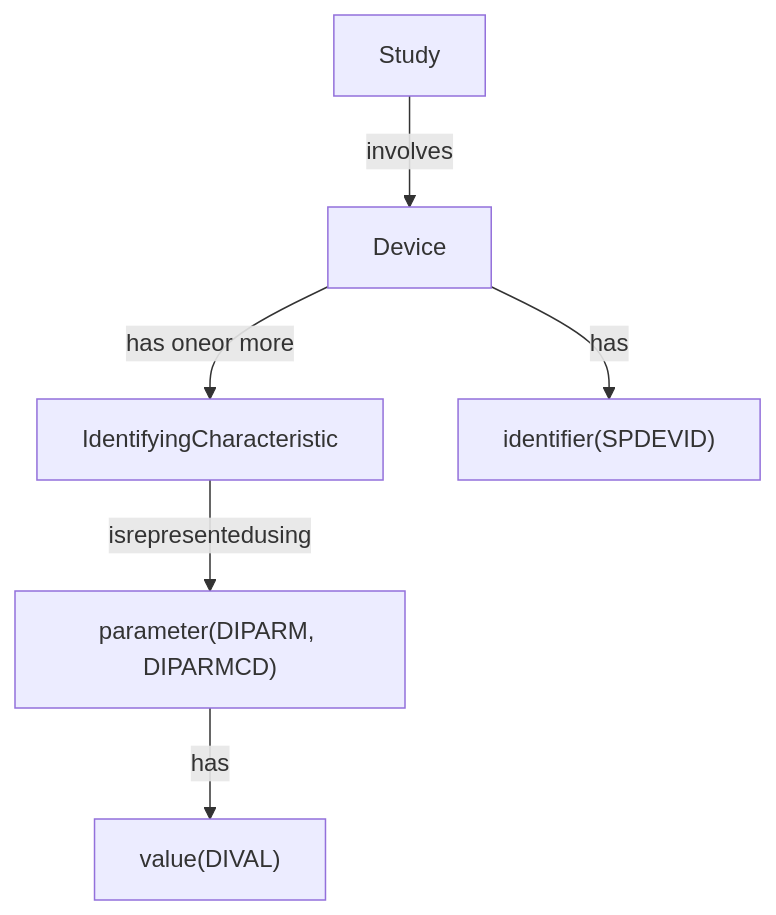
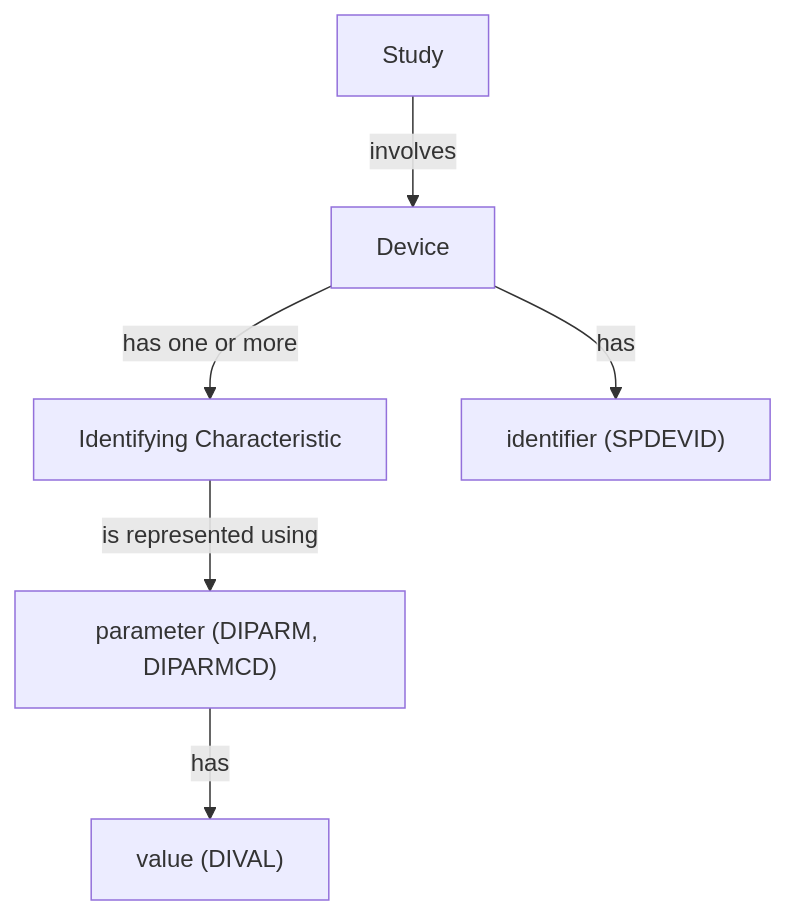
Before and after one commit to hakupao/sdtm-pedia: the first of 2 diagrams in knowledge_base/model/05_study_level_data.md, drawn with Mermaid. The commit also changed other lines of this file and 10 other files, not shown here.

````diff
--- a/knowledge_base/model/05_study_level_data.md
+++ b/knowledge_base/model/05_study_level_data.md
@@ -238,15 +281,15 @@
 ```mermaid
 graph TD
     Study["Study"]
     Device["Device"]
-    IC["IdentifyingCharacteristic"]
-    ID["identifier(SPDEVID)"]
-    PARAM["parameter(DIPARM, DIPARMCD)"]
-    VAL["value(DIVAL)"]
+    IC["Identifying Characteristic"]
+    ID["identifier (SPDEVID)"]
+    PARAM["parameter (DIPARM, DIPARMCD)"]
+    VAL["value (DIVAL)"]
 
     Study -->|involves| Device
-    Device -->|"has oneor more"| IC
+    Device -->|"has one or more"| IC
     Device -->|has| ID
-    IC -->|"isrepresentedusing"| PARAM
+    IC -->|"is represented using"| PARAM
     PARAM -->|has| VAL
 ```
````
